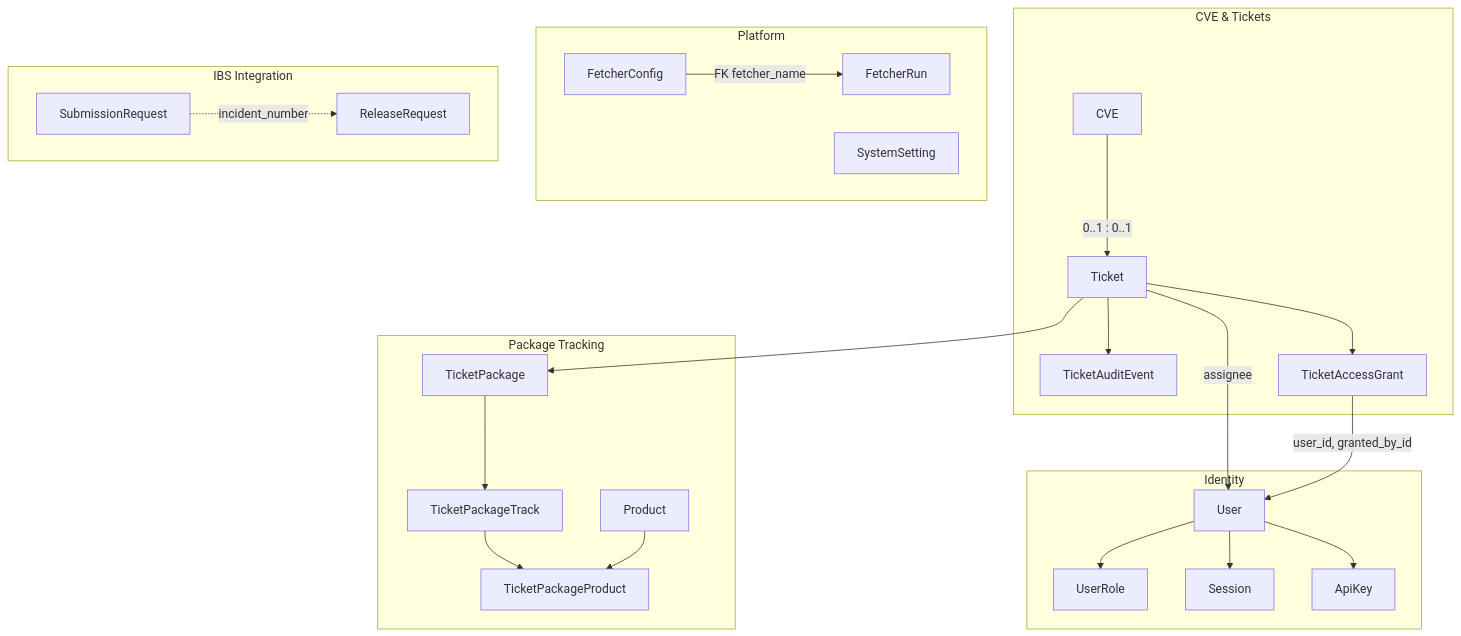
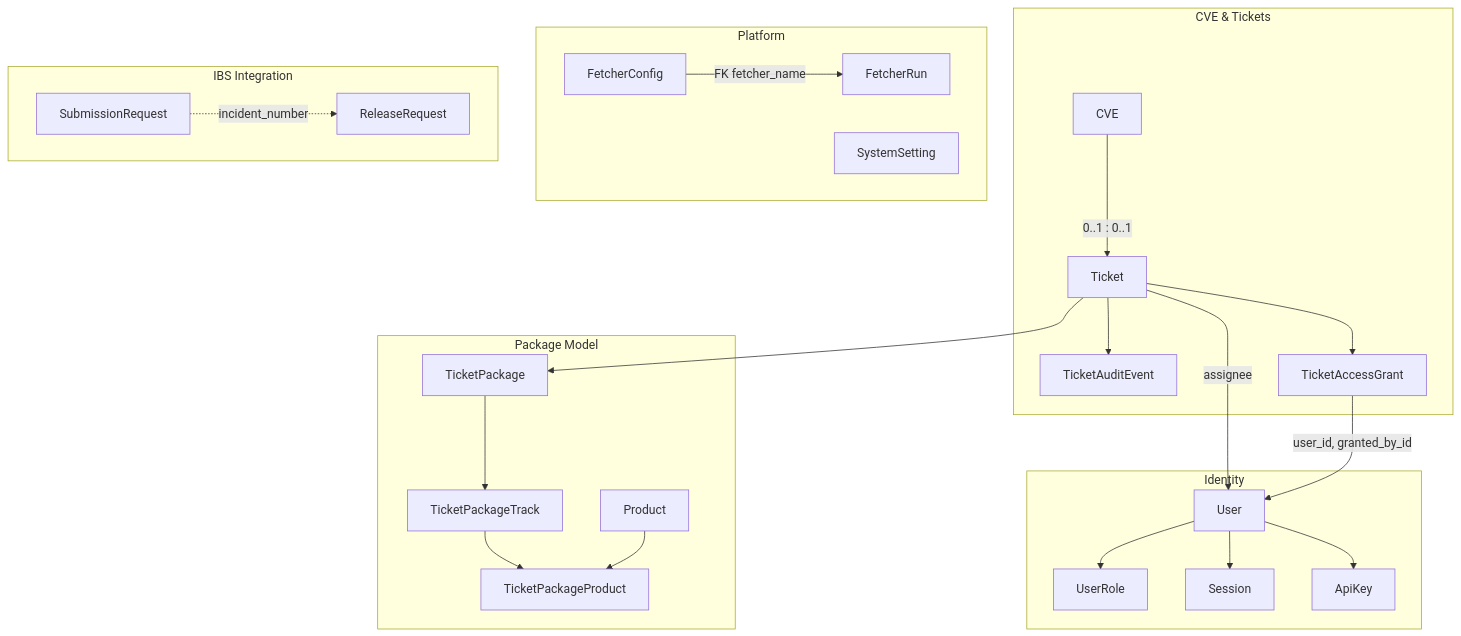
Before and after one commit to StayPirate/STAMP: the first of 6 diagrams in docs/data-model.md, drawn with Mermaid. The commit also changed other lines of this file and 32 other files, not shown here.

Commit message:
docs: rename package-tracking.md to package-model.md

````diff
--- a/docs/data-model.md
+++ b/docs/data-model.md
@@ -20,49 +20,49 @@
 ```mermaid
 flowchart TB
     subgraph cve_tickets["CVE & Tickets"]
         CVE
         Ticket
         TicketAuditEvent
         TicketAccessGrant
     end
 
-    subgraph packages["Package Tracking"]
+    subgraph packages["Package Model"]
         TicketPackage
         TicketPackageTrack
         TicketPackageProduct
         Product
     end
 
     subgraph identity["Identity"]
         User
         UserRole
         Session
         ApiKey
     end
 
     subgraph platform["Platform"]
         FetcherConfig
         FetcherRun
         SystemSetting
     end
 
     subgraph ibs["IBS Integration"]
         SubmissionRequest
         ReleaseRequest
     end
 
     CVE -->|"0..1 : 0..1"| Ticket
     Ticket --> TicketAuditEvent
     Ticket --> TicketAccessGrant
     Ticket --> TicketPackage
     Ticket -->|"assignee"| User
     TicketAccessGrant -->|"user_id, granted_by_id"| User
     TicketPackage --> TicketPackageTrack
     TicketPackageTrack --> TicketPackageProduct
     Product --> TicketPackageProduct
     User --> UserRole
     User --> Session
     User --> ApiKey
     FetcherConfig -->|"FK fetcher_name"| FetcherRun
     SubmissionRequest -.->|"incident_number"| ReleaseRequest
 ```
````
